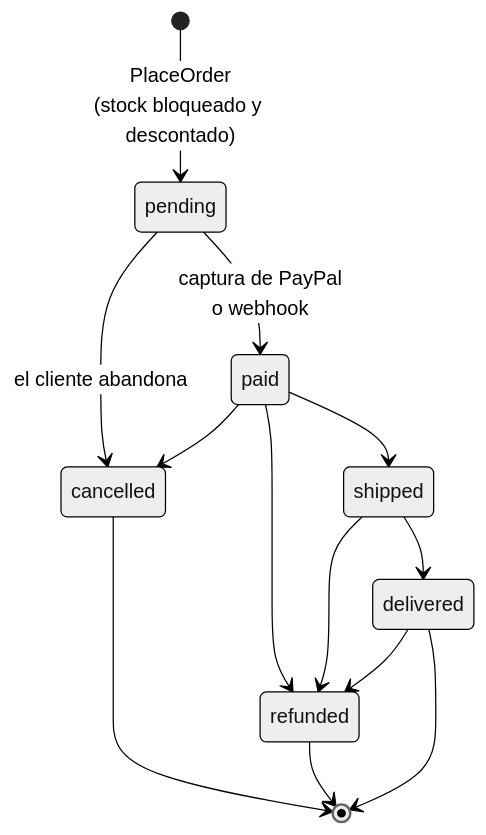
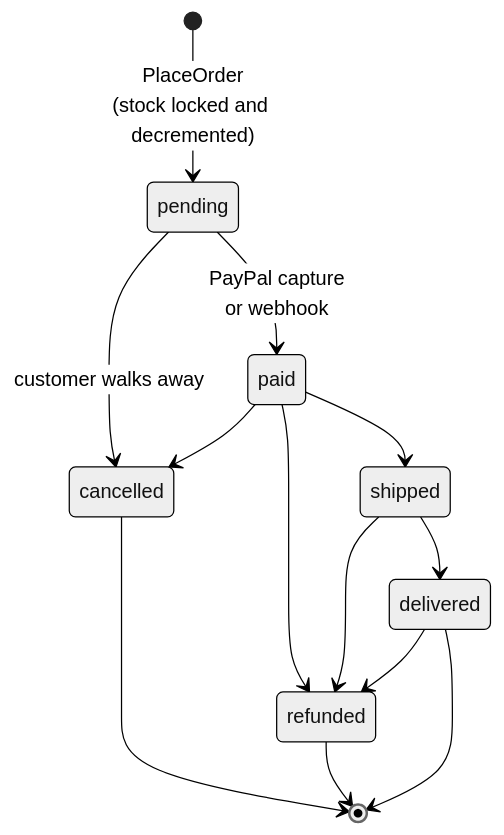
The third of 7 diagrams in README.md (Zoel-Manchon/elitewear-xi), drawn with Mermaid (neutral theme) before and after one commit. The commit also changed other lines of this file, not shown here.

````diff
--- a/README.md
+++ b/README.md
@@ -285,15 +278,15 @@
 ```mermaid
 stateDiagram-v2
-    [*] --> pending: PlaceOrder<br/>(stock bloqueado y descontado)
-    pending --> paid: captura de PayPal<br/>o webhook
-    pending --> cancelled: el cliente abandona
+    [*] --> pending: PlaceOrder<br/>(stock locked and decremented)
+    pending --> paid: PayPal capture<br/>or webhook
+    pending --> cancelled: customer walks away
     paid --> shipped
     paid --> refunded
     paid --> cancelled
     shipped --> delivered
     shipped --> refunded
     delivered --> refunded
     cancelled --> [*]
     refunded --> [*]
     delivered --> [*]
 ```
````
